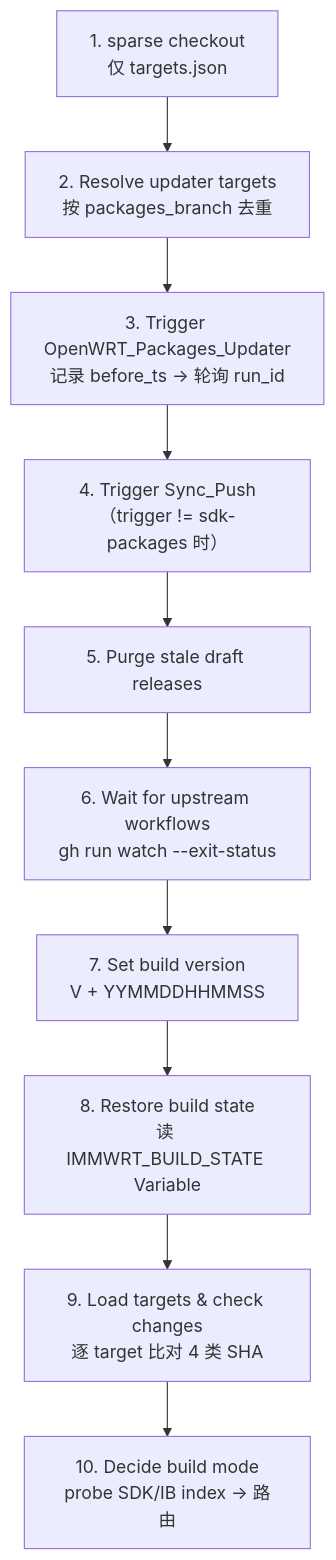
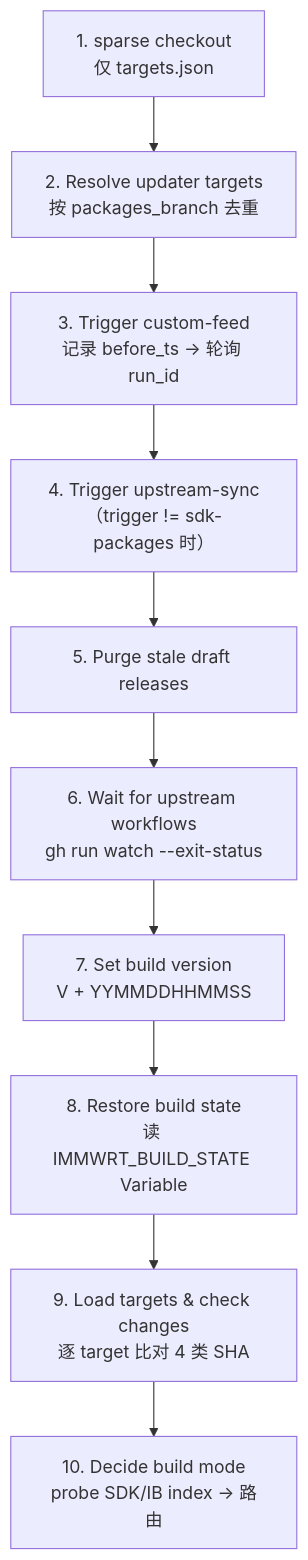
The second of 9 diagrams in docs/ci-flow.md (solarflows/AutoWorkFlows), drawn with Mermaid before and after one commit. The commit also changed other lines of this file and 2 other files, not shown here.

````diff
--- a/docs/ci-flow.md
+++ b/docs/ci-flow.md
@@ -84,12 +84,12 @@
 ```mermaid
 flowchart TD
     A["1. sparse checkout<br/>仅 targets.json"] --> B["2. Resolve updater targets<br/>按 packages_branch 去重"]
-    B --> C["3. Trigger OpenWRT_Packages_Updater<br/>记录 before_ts → 轮询 run_id"]
-    C --> D["4. Trigger Sync_Push<br/>（trigger != sdk-packages 时）"]
+    B --> C["3. Trigger custom-feed<br/>记录 before_ts → 轮询 run_id"]
+    C --> D["4. Trigger upstream-sync<br/>（trigger != sdk-packages 时）"]
     D --> E["5. Purge stale draft releases"]
     E --> F["6. Wait for upstream workflows<br/>gh run watch --exit-status"]
     F --> G["7. Set build version<br/>V + YYMMDDHHMMSS"]
     G --> H["8. Restore build state<br/>读 IMMWRT_BUILD_STATE Variable"]
     H --> I["9. Load targets & check changes<br/>逐 target 比对 4 类 SHA"]
     I --> J["10. Decide build mode<br/>probe SDK/IB index → 路由"]
 ```
````
